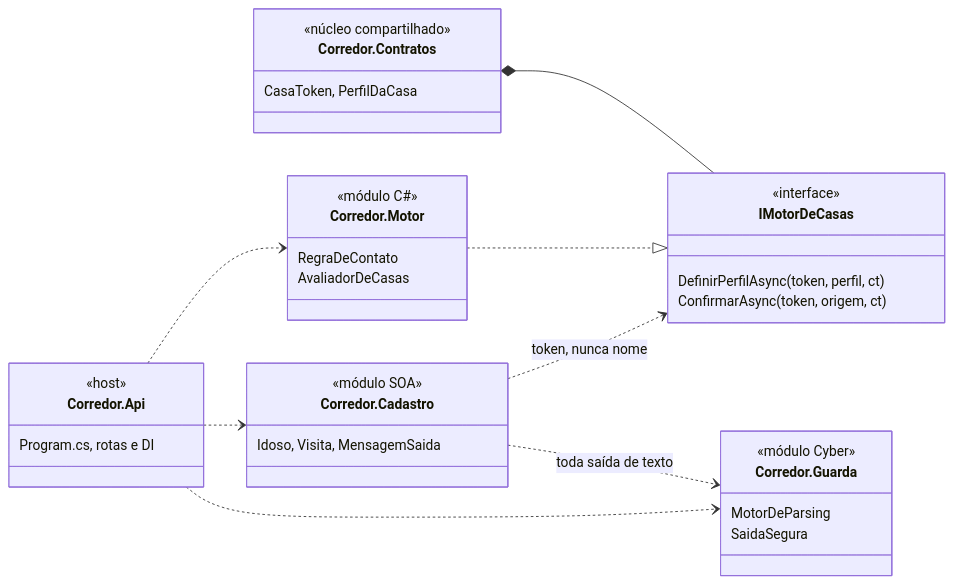
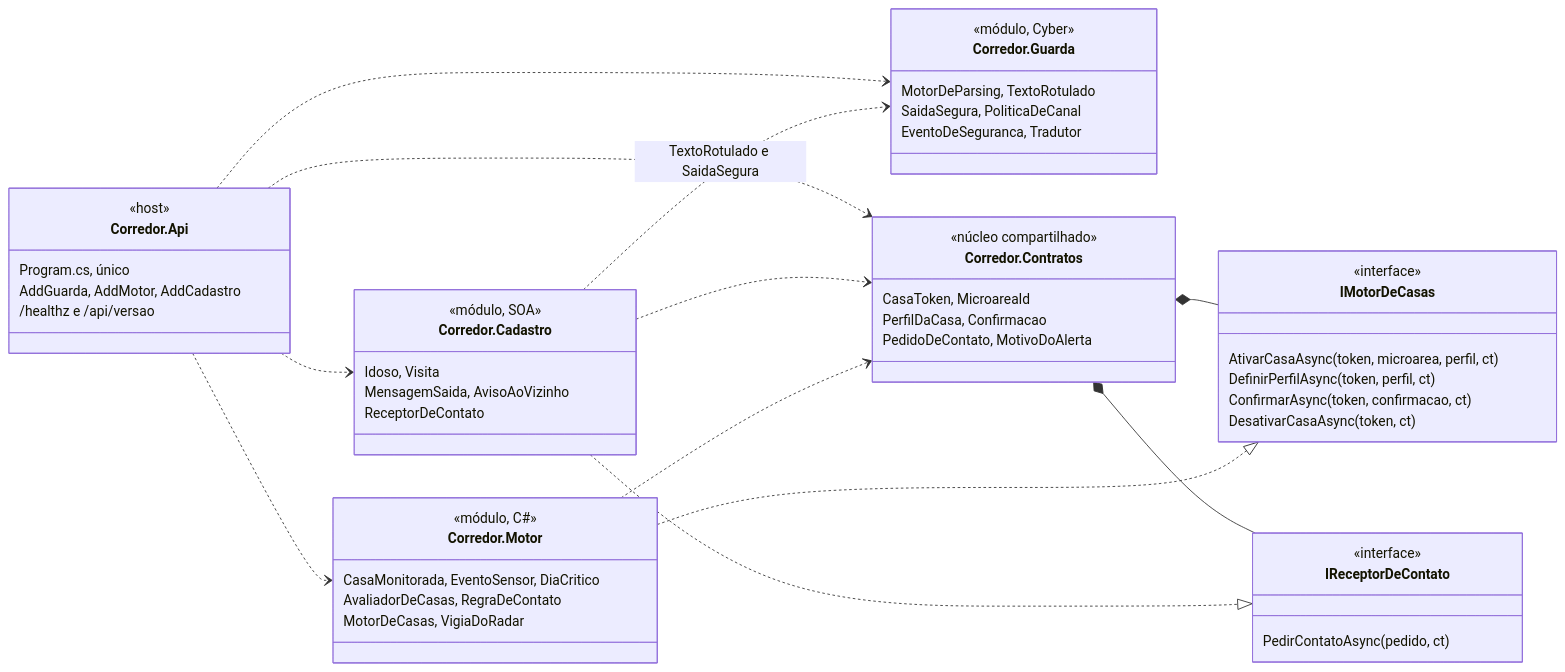
Before and after one commit to IamP5/corredor-aceso: the diagram in docs/arquitetura/diagramas/modelos/classDiagram.mmd, drawn with Mermaid. The commit also changed 211 other files, not shown here.

First line of the commit message:
docs(arquitetura): visão geral final, 28 diagramas e índice da pasta

```diff
--- a/docs/arquitetura/diagramas/modelos/classDiagram.mmd
+++ b/docs/arquitetura/diagramas/modelos/classDiagram.mmd
@@ -1,39 +1,58 @@
 %% Modelo classDiagram. Vistas: módulos e dependências permitidas, agregados (um namespace por módulo).
 %% Regras: estereótipo em português (<<raiz>>, <<entidade>>, <<interface>>), até 10 classes, até 6 membros por classe.
 %% Use ..> para "depende de", ..|> para "implementa" e *-- para composição dentro do agregado.
+%% Corpo copiado de 02-modulos.mmd.
 classDiagram
   direction LR
   class Api["Corredor.Api"] {
     <<host>>
-    Program.cs, rotas e DI
+    Program.cs, único
+    AddGuarda, AddMotor, AddCadastro
+    /healthz e /api/versao
+  }
+  class Cadastro["Corredor.Cadastro"] {
+    <<módulo, SOA>>
+    Idoso, Visita
+    MensagemSaida, AvisoAoVizinho
+    ReceptorDeContato
+  }
+  class Motor["Corredor.Motor"] {
+    <<módulo, C#>>
+    CasaMonitorada, EventoSensor, DiaCritico
+    AvaliadorDeCasas, RegraDeContato
+    MotorDeCasas, VigiaDoRadar
+  }
+  class Guarda["Corredor.Guarda"] {
+    <<módulo, Cyber>>
+    MotorDeParsing, TextoRotulado
+    SaidaSegura, PoliticaDeCanal
+    EventoDeSeguranca, Tradutor
   }
   class Contratos["Corredor.Contratos"] {
     <<núcleo compartilhado>>
-    CasaToken, PerfilDaCasa
+    CasaToken, MicroareaId
+    PerfilDaCasa, Confirmacao
+    PedidoDeContato, MotivoDoAlerta
   }
   class IMotorDeCasas {
     <<interface>>
+    AtivarCasaAsync(token, microarea, perfil, ct)
     DefinirPerfilAsync(token, perfil, ct)
-    ConfirmarAsync(token, origem, ct)
+    ConfirmarAsync(token, confirmacao, ct)
+    DesativarCasaAsync(token, ct)
   }
-  class Motor["Corredor.Motor"] {
-    <<módulo C#>>
-    RegraDeContato
-    AvaliadorDeCasas
+  class IReceptorDeContato {
+    <<interface>>
+    PedirContatoAsync(pedido, ct)
   }
-  class Cadastro["Corredor.Cadastro"] {
-    <<módulo SOA>>
-    Idoso, Visita, MensagemSaida
-  }
-  class Guarda["Corredor.Guarda"] {
-    <<módulo Cyber>>
-    MotorDeParsing
-    SaidaSegura
-  }
+  Api ..> Cadastro
   Api ..> Motor
-  Api ..> Cadastro
   Api ..> Guarda
+  Api ..> Contratos
+  Cadastro ..> Guarda : TextoRotulado e SaidaSegura
+  Cadastro ..> Contratos
+  Motor ..> Contratos
   Contratos *-- IMotorDeCasas
+  Contratos *-- IReceptorDeContato
   Motor ..|> IMotorDeCasas
-  Cadastro ..> IMotorDeCasas : token, nunca nome
-  Cadastro ..> Guarda : toda saída de texto
+  Cadastro ..|> IReceptorDeContato
```
